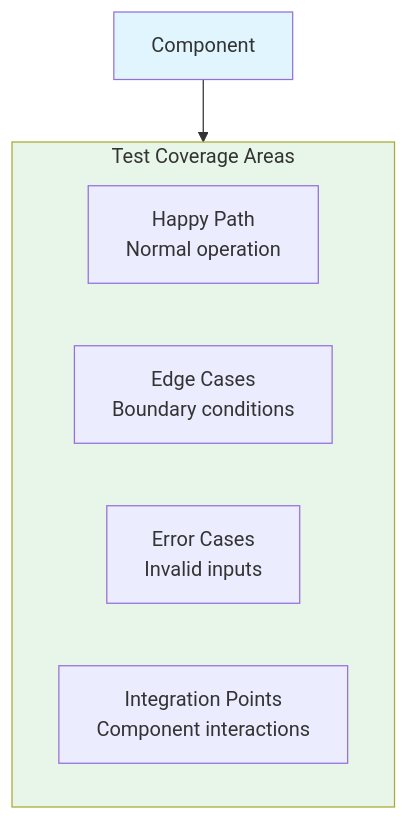
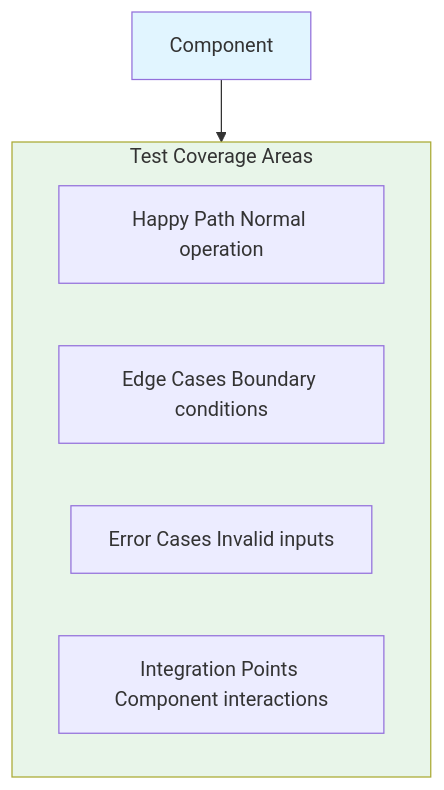
One commit to softwarewrighter/ui-test-rs changed the fifth of 15 diagrams in wiki/Testing-Strategy.md. Above: the diagram before and after it, drawn with Mermaid. The commit also changed other lines of this file and 10 other files, not shown here.

First line of the commit message:
Fix wiki Mermaid diagrams: remove <br/> tags

````diff
--- a/wiki/Testing-Strategy.md
+++ b/wiki/Testing-Strategy.md
@@ -173,16 +173,16 @@
 ```mermaid
 graph TB
     Component[Component]
 
     subgraph Coverage["Test Coverage Areas"]
-        HappyPath[Happy Path<br/>Normal operation]
-        EdgeCases[Edge Cases<br/>Boundary conditions]
-        Errors[Error Cases<br/>Invalid inputs]
-        Integration[Integration Points<br/>Component interactions]
+        HappyPath[Happy Path Normal operation]
+        EdgeCases[Edge Cases Boundary conditions]
+        Errors[Error Cases Invalid inputs]
+        Integration[Integration Points Component interactions]
     end
 
     Component --> Coverage
 
     style Component fill:#e1f5ff
     style Coverage fill:#e8f5e9
 ```
````
